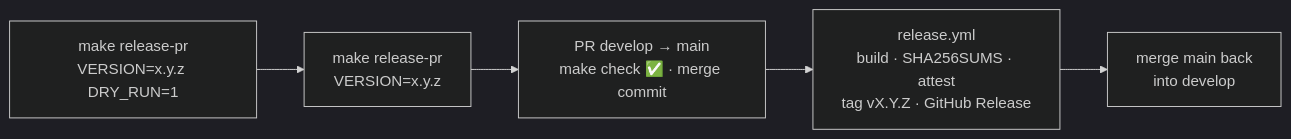
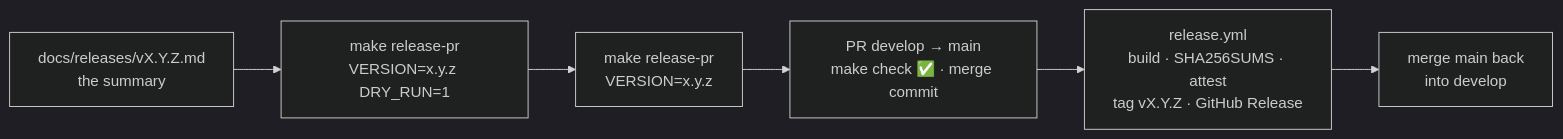
Before and after one commit to Pratyay-ops/FXM: the second of 2 diagrams in docs/WORKFLOW.md, drawn with Mermaid (dark theme). The commit also changed other lines of this file and 10 other files, not shown here.

First line of the commit message:
feat(release): head the release notes with a hand-written summary

````diff
--- a/docs/WORKFLOW.md
+++ b/docs/WORKFLOW.md
@@ -139,7 +139,8 @@
 ```mermaid
 flowchart LR
-  A["make release-pr<br/>VERSION=x.y.z DRY_RUN=1"] --> B["make release-pr<br/>VERSION=x.y.z"]
+  S["docs/releases/vX.Y.Z.md<br/>the summary"] --> A["make release-pr<br/>VERSION=x.y.z DRY_RUN=1"]
+  A --> B["make release-pr<br/>VERSION=x.y.z"]
   B --> C["PR develop → main<br/>make check ✅ · merge commit"]
   C --> D["release.yml<br/>build · SHA256SUMS · attest<br/>tag vX.Y.Z · GitHub Release"]
   D --> E["merge main back<br/>into develop"]
 ```
````
